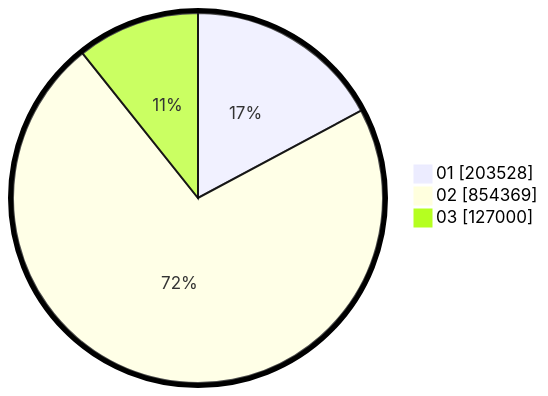
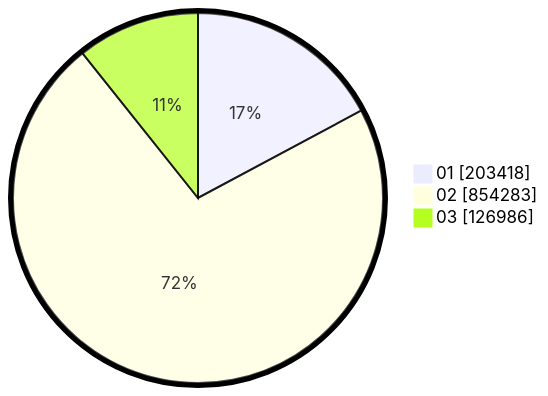
The second of 2 diagrams in pilpres/hitung-suara/sub/table-wilayah-62.md (gigit-pemilu/pemilu-2024), drawn with Mermaid before and after one commit. The commit also changed other lines of this file and 10 other files, not shown here.

````diff
--- a/pilpres/hitung-suara/sub/table-wilayah-62.md
+++ b/pilpres/hitung-suara/sub/table-wilayah-62.md
@@ -15,7 +15,7 @@
 ```mermaid
 %%{init: {"pie": {"textPosition": 0.5}, "themeVariables": {"pieOuterStrokeWidth": "5px"}} }%%
 pie showData
-    "01" : 203528
-    "02" : 854369
-    "03" : 127000
+    "01" : 203418
+    "02" : 854283
+    "03" : 126986
 ```
````
